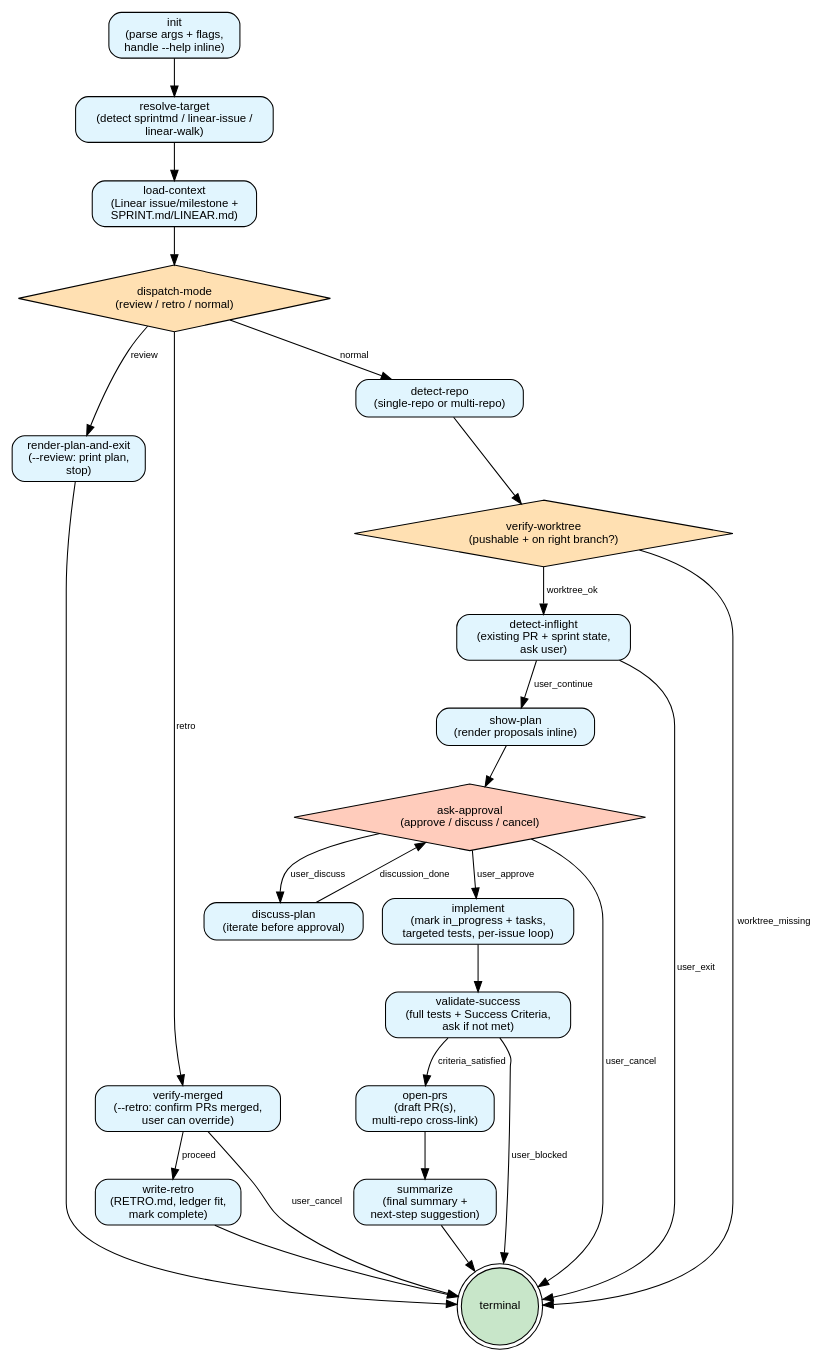
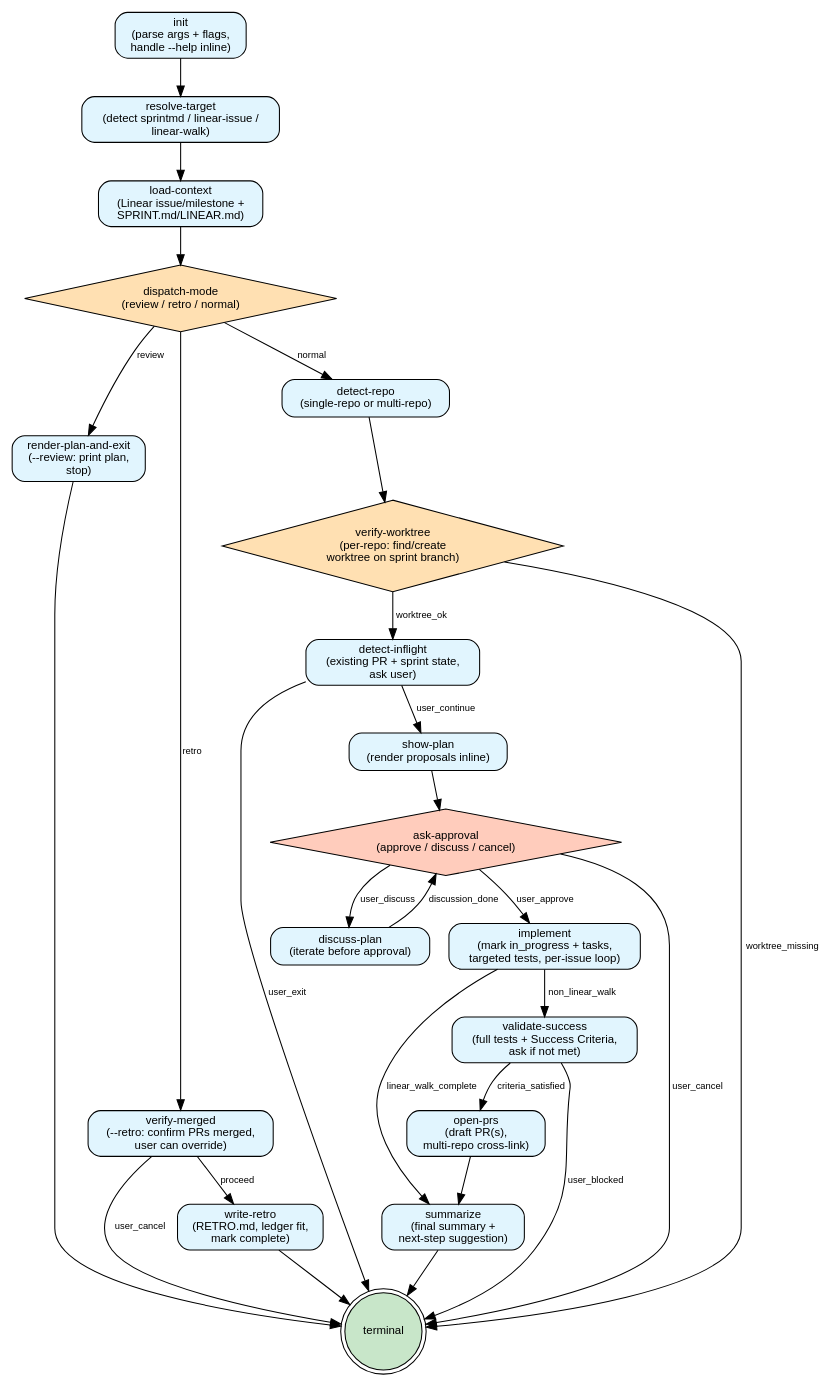
Before and after one commit to coreydaley/agent-config: the diagram in skills/sprint-work/graph.dot, drawn with Graphviz. The commit also changed 58 other files, not shown here.

First line of the commit message:
feat(skills): sync sprint-workflow updates and dot-graph refactors

```diff
--- a/skills/sprint-work/graph.dot
+++ b/skills/sprint-work/graph.dot
@@ -1,103 +1,109 @@
 // Sprint Work state machine.
 //
 // Source of truth for the /sprint-work skill. Three execution paths
 // (sprintmd / linear-issue / linear-walk) plus three flag-driven
 // modes (--review / --retro / normal) merging at terminal. The
 // walker (Claude, per SKILL.md) reads each node's prose from
 // nodes/<id>.md, performs the work, evaluates the outgoing edges'
 // conditions, and transitions via scripts/walk.sh.
 //
 // Render to SVG with scripts/render.sh. Validate with scripts/validate.py.
 
 digraph sprint_work {
     rankdir=TB;
     bgcolor="white";
     node  [fontname="Helvetica", fontsize=11];
     edge  [fontname="Helvetica", fontsize=9];
 
     // -- Process nodes (rounded boxes, light blue) ----------------------
     init                 [shape=box, style="rounded,filled", fillcolor="#e1f5fe",
                           label="init\n(parse args + flags,\nhandle --help inline)"];
     resolve_target       [shape=box, style="rounded,filled", fillcolor="#e1f5fe",
                           label="resolve-target\n(detect sprintmd / linear-issue /\nlinear-walk)"];
     load_context         [shape=box, style="rounded,filled", fillcolor="#e1f5fe",
                           label="load-context\n(Linear issue/milestone +\nSPRINT.md/LINEAR.md)"];
     render_plan_and_exit [shape=box, style="rounded,filled", fillcolor="#e1f5fe",
                           label="render-plan-and-exit\n(--review: print plan,\nstop)"];
     verify_merged        [shape=box, style="rounded,filled", fillcolor="#e1f5fe",
                           label="verify-merged\n(--retro: confirm PRs merged,\nuser can override)"];
     write_retro          [shape=box, style="rounded,filled", fillcolor="#e1f5fe",
                           label="write-retro\n(RETRO.md, ledger fit,\nmark complete)"];
     detect_repo          [shape=box, style="rounded,filled", fillcolor="#e1f5fe",
                           label="detect-repo\n(single-repo or multi-repo)"];
     detect_inflight      [shape=box, style="rounded,filled", fillcolor="#e1f5fe",
                           label="detect-inflight\n(existing PR + sprint state,\nask user)"];
     show_plan            [shape=box, style="rounded,filled", fillcolor="#e1f5fe",
                           label="show-plan\n(render proposals inline)"];
     discuss_plan         [shape=box, style="rounded,filled", fillcolor="#e1f5fe",
                           label="discuss-plan\n(iterate before approval)"];
     implement            [shape=box, style="rounded,filled", fillcolor="#e1f5fe",
                           label="implement\n(mark in_progress + tasks,\ntargeted tests, per-issue loop)"];
     validate_success     [shape=box, style="rounded,filled", fillcolor="#e1f5fe",
                           label="validate-success\n(full tests + Success Criteria,\nask if not met)"];
     open_prs             [shape=box, style="rounded,filled", fillcolor="#e1f5fe",
                           label="open-prs\n(draft PR(s),\nmulti-repo cross-link)"];
     summarize            [shape=box, style="rounded,filled", fillcolor="#e1f5fe",
                           label="summarize\n(final summary +\nnext-step suggestion)"];
 
     // -- Decision nodes (diamonds) -------------------------------------
     dispatch_mode        [shape=diamond, style=filled, fillcolor="#ffe0b2",
                           label="dispatch-mode\n(review / retro / normal)"];
     verify_worktree      [shape=diamond, style=filled, fillcolor="#ffe0b2",
-                          label="verify-worktree\n(pushable + on right branch?)"];
+                          label="verify-worktree\n(per-repo: find/create\nworktree on sprint branch)"];
 
     // -- User-input nodes (escalate-shaped diamonds) -------------------
     ask_approval         [shape=diamond, style=filled, fillcolor="#ffccbc",
                           label="ask-approval\n(approve / discuss / cancel)"];
 
     // -- Terminal node (green double-circle) ---------------------------
     terminal             [shape=doublecircle, style=filled, fillcolor="#c8e6c9",
                           label="terminal"];
 
     // -- Edges ---------------------------------------------------------
     // Single-outgoing edges (no condition needed).
     init                 -> resolve_target;
     resolve_target       -> load_context;
     load_context         -> dispatch_mode;
     render_plan_and_exit -> terminal;
     write_retro          -> terminal;
     detect_repo          -> verify_worktree;
     show_plan            -> ask_approval;
-    implement            -> validate_success;
     open_prs             -> summarize;
     summarize            -> terminal;
 
     // dispatch-mode: route on flags.
     dispatch_mode -> render_plan_and_exit [label="review"];
     dispatch_mode -> verify_merged        [label="retro"];
     dispatch_mode -> detect_repo          [label="normal"];
 
     // verify-merged (--retro): confirm or user-override / cancel.
     verify_merged -> write_retro [label="proceed"];
     verify_merged -> terminal    [label="user_cancel"];
 
     // verify-worktree: pushable + right branch?
     verify_worktree -> detect_inflight [label="worktree_ok"];
     verify_worktree -> terminal        [label="worktree_missing"];
 
     // detect-inflight: continue, exit (cancel or address-feedback hint).
     detect_inflight -> show_plan [label="user_continue"];
     detect_inflight -> terminal  [label="user_exit"];
 
     // ask-approval: approve / discuss / cancel.
     ask_approval -> implement    [label="user_approve"];
     ask_approval -> discuss_plan [label="user_discuss"];
     ask_approval -> terminal     [label="user_cancel"];
 
     // discuss-plan: loop back.
     discuss_plan -> ask_approval [label="discussion_done"];
 
+    // implement: route on path mode. linear-walk runs validate-success
+    // and open-prs internally per issue (active-set rotation), so it
+    // short-circuits to summarize. Other paths flow through the regular
+    // graph-level validate-success → open-prs.
+    implement -> validate_success [label="non_linear_walk"];
+    implement -> summarize        [label="linear_walk_complete"];
+
     // validate-success: criteria satisfied / user blocks.
     validate_success -> open_prs [label="criteria_satisfied"];
     validate_success -> terminal [label="user_blocked"];
 }
```
